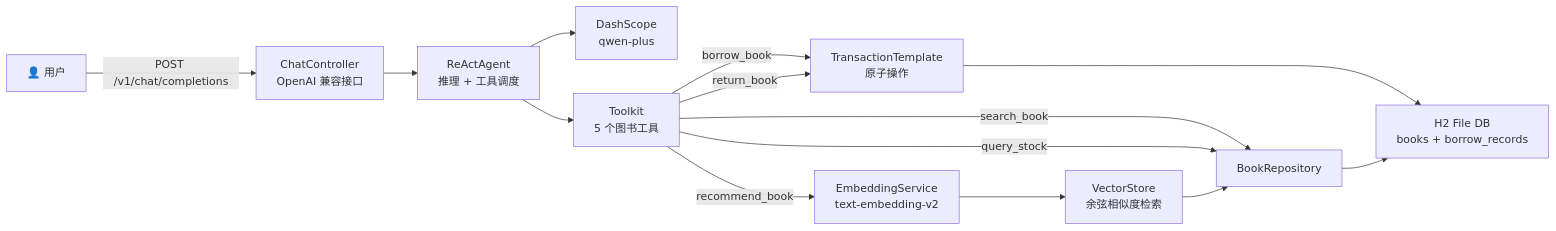
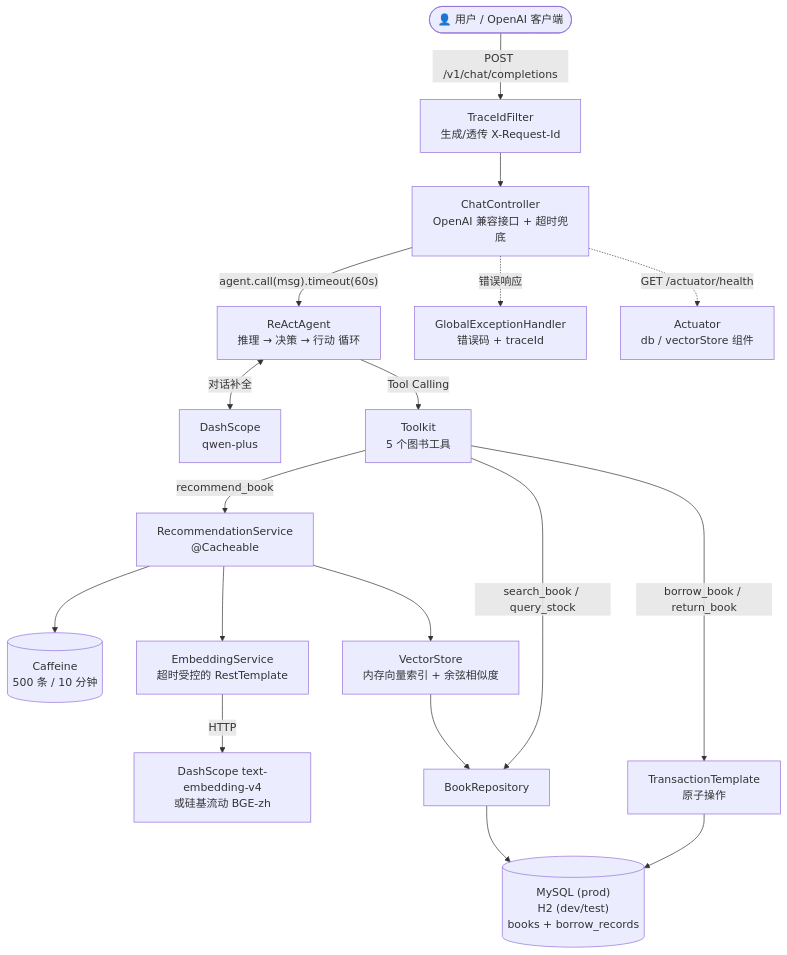
The diagram in README.md (yelaing/smart-library-agent), drawn with Mermaid before and after one commit. The commit also changed other lines of this file, not shown here.

````diff
--- a/README.md
+++ b/README.md
@@ -20,16 +21,23 @@
 ```mermaid
-flowchart LR
-    User["👤 用户"] -->|POST /v1/chat/completions| API["ChatController<br/>OpenAI 兼容接口"]
-    API --> Agent["ReActAgent<br/>推理 + 工具调度"]
-    Agent --> LLM["DashScope<br/>qwen-plus"]
-    Agent --> Toolkit["Toolkit<br/>5 个图书工具"]
-    Toolkit -->|recommend_book| Emb["EmbeddingService<br/>text-embedding-v2"]
-    Emb --> Vec["VectorStore<br/>余弦相似度检索"]
-    Toolkit -->|search_book| Repo["BookRepository"]
-    Toolkit -->|query_stock| Repo
+flowchart TD
+    User(["👤 用户 / OpenAI 客户端"]) -->|"POST /v1/chat/completions"| Filter["TraceIdFilter<br/>生成/透传 X-Request-Id"]
+    Filter --> API["ChatController<br/>OpenAI 兼容接口 + 超时兜底"]
+    API -->|"agent.call(msg).timeout(60s)"| Agent["ReActAgent<br/>推理 → 决策 → 行动 循环"]
+    Agent <-->|对话补全| LLM["DashScope<br/>qwen-plus"]
+    Agent -->|Tool Calling| Toolkit["Toolkit<br/>5 个图书工具"]
+
+    Toolkit -->|recommend_book| Rec["RecommendationService<br/>@Cacheable"]
+    Rec --> Cache[("Caffeine<br/>500 条 / 10 分钟")]
+    Rec --> Emb["EmbeddingService<br/>超时受控的 RestTemplate"]
+    Emb -->|"HTTP"| EmbAPI["DashScope text-embedding-v4<br/>或硅基流动 BGE-zh"]
+    Rec --> Vec["VectorStore<br/>内存向量索引 + 余弦相似度"]
+
+    Toolkit -->|search_book / query_stock| Repo["BookRepository"]
+    Toolkit -->|borrow_book / return_book| Tx["TransactionTemplate<br/>原子操作"]
     Vec --> Repo
-    Toolkit -->|borrow_book| Tx["TransactionTemplate<br/>原子操作"]
-    Toolkit -->|return_book| Tx
-    Tx --> DB["H2 File DB<br/>books + borrow_records"]
+    Tx --> DB[("MySQL (prod)<br/>H2 (dev/test)<br/>books + borrow_records")]
     Repo --> DB
+
+    API -.->|错误响应| ErrHandler["GlobalExceptionHandler<br/>错误码 + traceId"]
+    API -.->|"GET /actuator/health"| Actuator["Actuator<br/>db / vectorStore 组件"]
 ```
````
